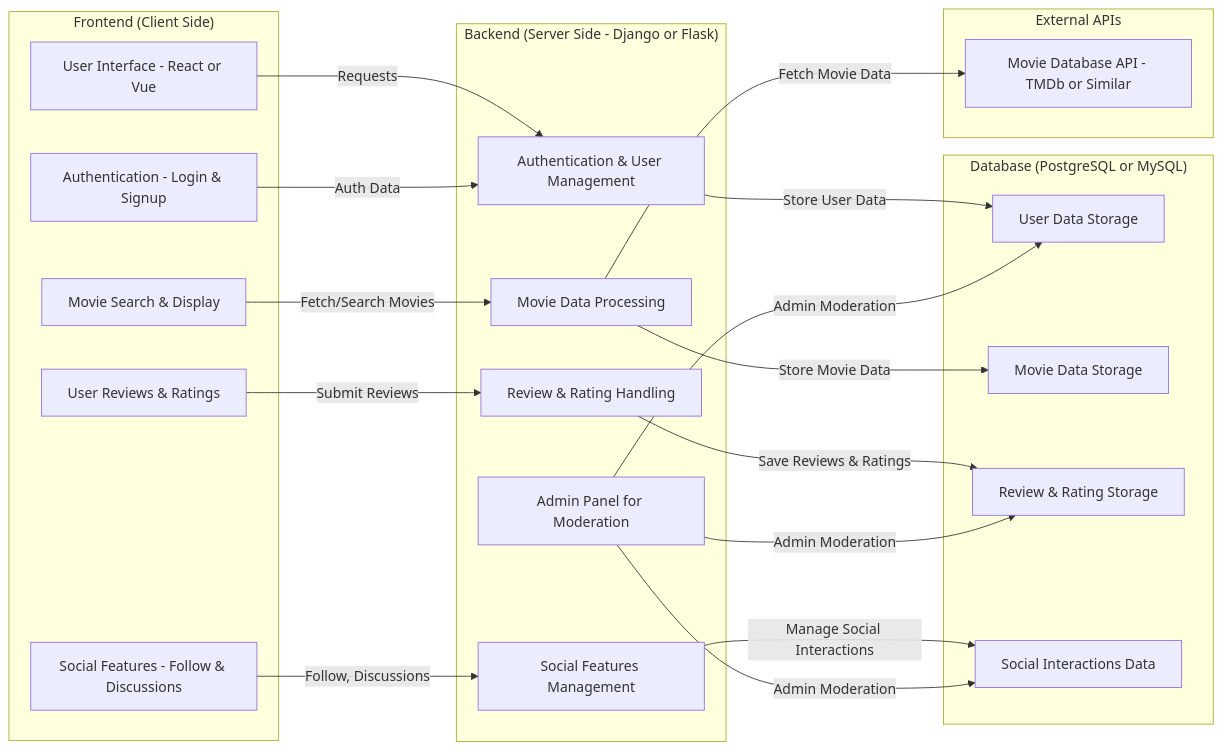
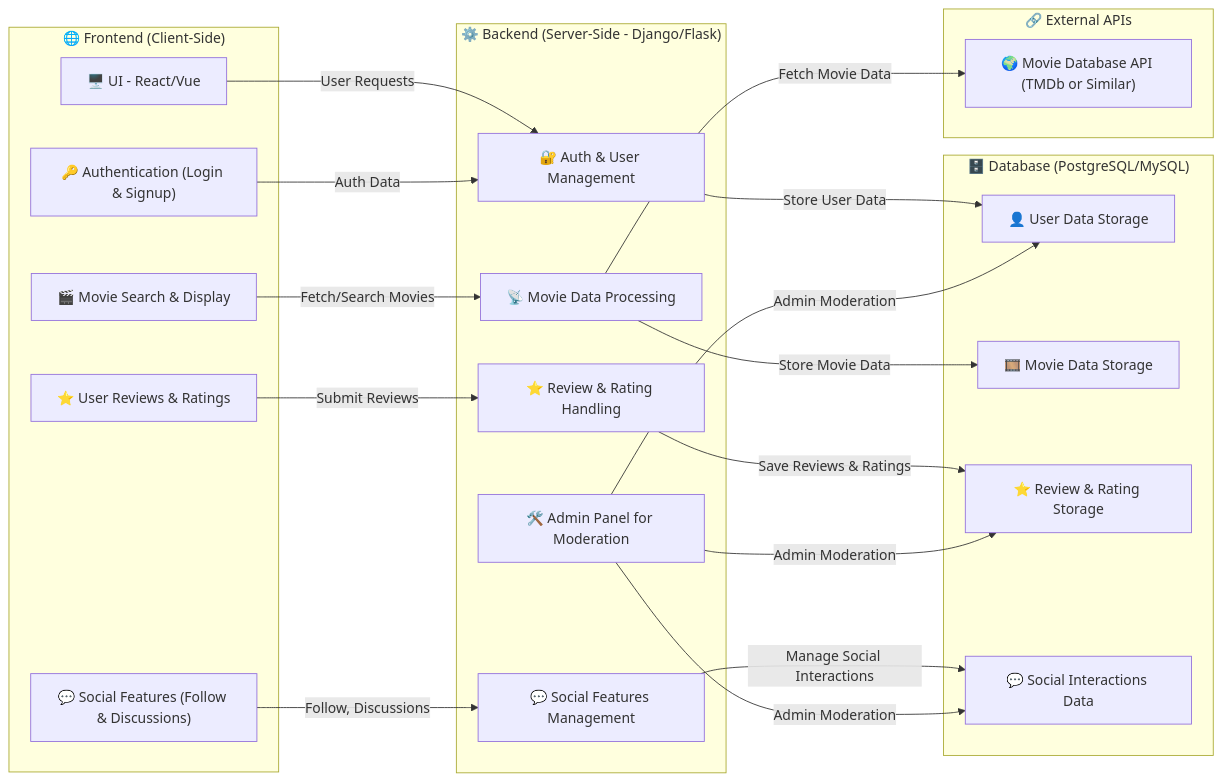
Before and after one commit to it-is-it/Practical: the diagram in software enginering/architechture.md, drawn with Mermaid. The commit also changed 46 other files, not shown here.

````diff
--- a/software enginering/architechture.md
+++ b/software enginering/architechture.md
@@ -1,46 +1,51 @@
 ```mermaid
 graph LR;
 
-    subgraph "Frontend (Client Side)"
-        A1[User Interface - React or Vue]
-        A2[Authentication - Login & Signup]
-        A3[Movie Search & Display]
-        A4[User Reviews & Ratings]
-        A5[Social Features - Follow & Discussions]
-    end
+  %% Frontend Section
+  subgraph Frontend["🌐 Frontend (Client-Side)"]
+    A1["🖥️ UI - React/Vue"]
+    A2["🔑 Authentication (Login & Signup)"]
+    A3["🎬 Movie Search & Display"]
+    A4["⭐ User Reviews & Ratings"]
+    A5["💬 Social Features (Follow & Discussions)"]
+  end
 
-    subgraph "Backend (Server Side - Django or Flask)"
-        B1[Authentication & User Management]
-        B2[Movie Data Processing]
-        B3[Review & Rating Handling]
-        B4[Social Features Management]
-        B5[Admin Panel for Moderation]
-    end
+  %% Backend Section
+  subgraph Backend["⚙️ Backend (Server-Side - Django/Flask)"]
+    B1["🔐 Auth & User Management"]
+    B2["📡 Movie Data Processing"]
+    B3["⭐ Review & Rating Handling"]
+    B4["💬 Social Features Management"]
+    B5["🛠️ Admin Panel for Moderation"]
+  end
 
-    subgraph "Database (PostgreSQL or MySQL)"
-        C1[User Data Storage]
-        C2[Movie Data Storage]
-        C3[Review & Rating Storage]
-        C4[Social Interactions Data]
-    end
+  %% Database Section
+  subgraph Database["🗄️ Database (PostgreSQL/MySQL)"]
+    C1["👤 User Data Storage"]
+    C2["🎞️ Movie Data Storage"]
+    C3["⭐ Review & Rating Storage"]
+    C4["💬 Social Interactions Data"]
+  end
 
-    subgraph "External APIs"
-        D1[Movie Database API - TMDb or Similar]
-    end
+  %% External API Section
+  subgraph ExternalAPIs["🔗 External APIs"]
+    D1["🌍 Movie Database API (TMDb or Similar)"]
+  end
 
-    %% Connections
-    A1 -->|Requests| B1
-    A2 -->|Auth Data| B1
-    A3 -->|Fetch/Search Movies| B2
-    A4 -->|Submit Reviews| B3
-    A5 -->|Follow, Discussions| B4
+  %% Connections Between Components
+  A1 -->|User Requests| B1
+  A2 -->|Auth Data| B1
+  A3 -->|Fetch/Search Movies| B2
+  A4 -->|Submit Reviews| B3
+  A5 -->|Follow, Discussions| B4
 
-    B1 -->|Store User Data| C1
-    B2 -->|Store Movie Data| C2
-    B3 -->|Save Reviews & Ratings| C3
-    B4 -->|Manage Social Interactions| C4
+  B1 -->|Store User Data| C1
+  B2 -->|Store Movie Data| C2
+  B3 -->|Save Reviews & Ratings| C3
+  B4 -->|Manage Social Interactions| C4
 
-    B2 -->|Fetch Movie Data| D1
+  B2 -->|Fetch Movie Data| D1
 
-    B5 -->|Admin Moderation| C1 & C3 & C4
+  B5 -->|Admin Moderation| C1 & C3 & C4
+
 ```
````
